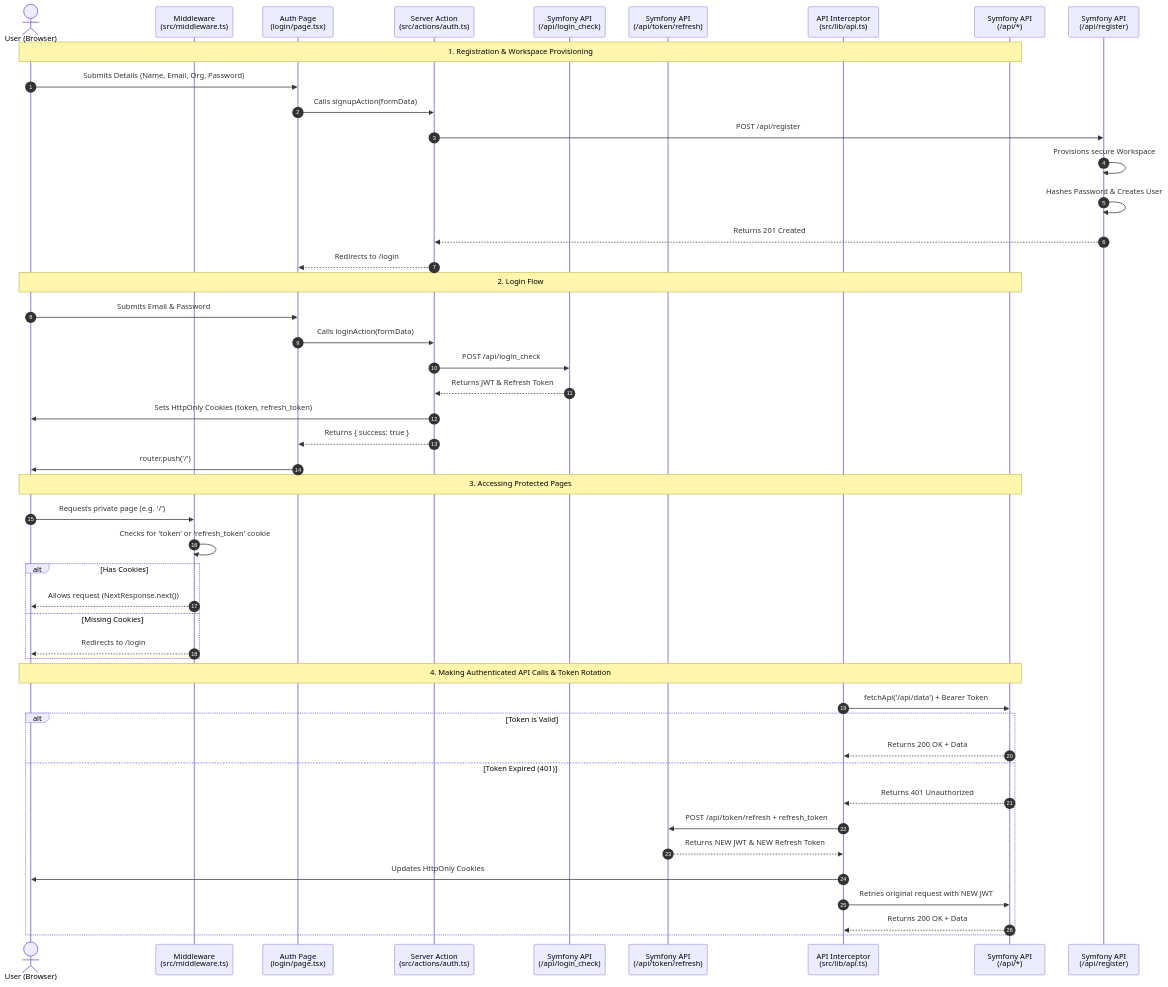
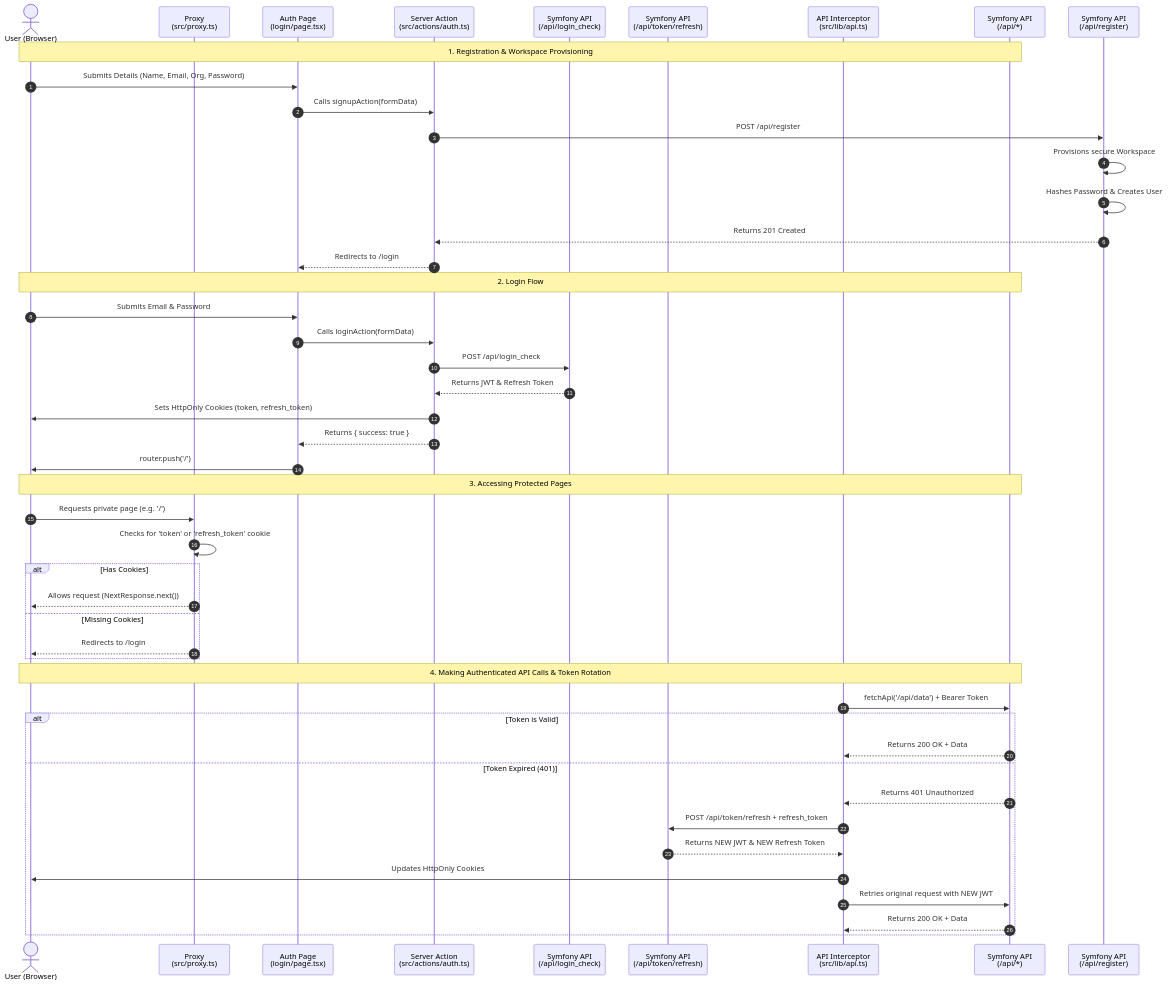
One commit to Mohammed-Zrirake/Plaisoram changed the diagram in authentification_Flow.md. Above: the diagram before and after it, drawn with Mermaid. The commit also changed other lines of this file and 1 other file, not shown here.

Commit message:
docs: update project folder structure and authentication flow documentation

````diff
--- a/authentification_Flow.md
+++ b/authentification_Flow.md
@@ -7,53 +7,53 @@
 ```mermaid
 sequenceDiagram
     autonumber
     actor User as User (Browser)
-    participant NextJS_Middleware as Middleware<br/>(src/middleware.ts)
+    participant NextJS_Middleware as Proxy<br/>(src/proxy.ts)
     participant NextJS_Page as Auth Page<br/>(login/page.tsx)
     participant NextJS_Action as Server Action<br/>(src/actions/auth.ts)
     participant Symfony_Login as Symfony API<br/>(/api/login_check)
     participant Symfony_Refresh as Symfony API<br/>(/api/token/refresh)
     participant NextJS_API as API Interceptor<br/>(src/lib/api.ts)
     participant Symfony_Protected as Symfony API<br/>(/api/*)
     participant Symfony_Register as Symfony API<br/>(/api/register)
 
     Note over User, Symfony_Protected: 1. Registration & Workspace Provisioning
     User->>NextJS_Page: Submits Details (Name, Email, Org, Password)
     NextJS_Page->>NextJS_Action: Calls signupAction(formData)
     NextJS_Action->>Symfony_Register: POST /api/register
     Symfony_Register->>Symfony_Register: Provisions secure Workspace
     Symfony_Register->>Symfony_Register: Hashes Password & Creates User
     Symfony_Register-->>NextJS_Action: Returns 201 Created
     NextJS_Action-->>NextJS_Page: Redirects to /login
 
     Note over User, Symfony_Protected: 2. Login Flow
     User->>NextJS_Page: Submits Email & Password
     NextJS_Page->>NextJS_Action: Calls loginAction(formData)
     NextJS_Action->>Symfony_Login: POST /api/login_check
     Symfony_Login-->>NextJS_Action: Returns JWT & Refresh Token
     NextJS_Action->>User: Sets HttpOnly Cookies (token, refresh_token)
     NextJS_Action-->>NextJS_Page: Returns { success: true }
     NextJS_Page->>User: router.push('/')
 
     Note over User, Symfony_Protected: 3. Accessing Protected Pages
     User->>NextJS_Middleware: Requests private page (e.g. '/')
     NextJS_Middleware->>NextJS_Middleware: Checks for 'token' or 'refresh_token' cookie
     alt Has Cookies
         NextJS_Middleware-->>User: Allows request (NextResponse.next())
     else Missing Cookies
         NextJS_Middleware-->>User: Redirects to /login
     end
 
     Note over User, Symfony_Protected: 4. Making Authenticated API Calls & Token Rotation
     NextJS_API->>Symfony_Protected: fetchApi('/api/data') + Bearer Token
     alt Token is Valid
         Symfony_Protected-->>NextJS_API: Returns 200 OK + Data
     else Token Expired (401)
         Symfony_Protected-->>NextJS_API: Returns 401 Unauthorized
         NextJS_API->>Symfony_Refresh: POST /api/token/refresh + refresh_token
         Symfony_Refresh-->>NextJS_API: Returns NEW JWT & NEW Refresh Token
         NextJS_API->>User: Updates HttpOnly Cookies
         NextJS_API->>Symfony_Protected: Retries original request with NEW JWT
         Symfony_Protected-->>NextJS_API: Returns 200 OK + Data
     end
 ```
````
